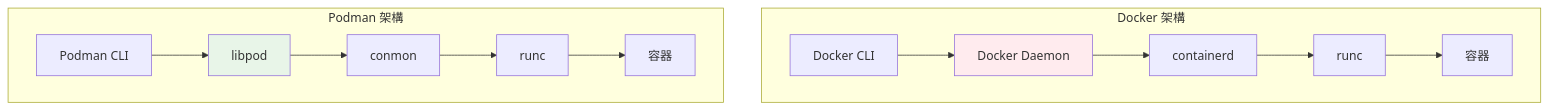
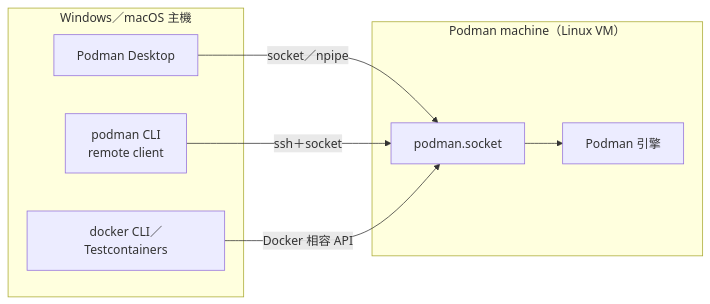
The fifth of 13 diagrams in content/posts/教學/工具/Podman Desktop使用教學.md (chihhung/Blog), drawn with Mermaid before and after one commit. The commit also changed other lines of this file and 10 other files, not shown here.

````diff
--- a/content/posts/教學/工具/Podman Desktop使用教學.md
+++ b/content/posts/教學/工具/Podman Desktop使用教學.md
@@ -131,19 +717,16 @@
 ```mermaid
-graph TB
-    subgraph "Docker 架構"
-        A1[Docker CLI] --> B1[Docker Daemon]
-        B1 --> C1[containerd]
-        C1 --> D1[runc]
-        D1 --> E1[容器]
+flowchart LR
+    subgraph Host["Windows／macOS 主機"]
+        PD[Podman Desktop]
+        CLI[podman CLI<br/>remote client]
+        DOCKER[docker CLI／Testcontainers]
     end
-    
-    subgraph "Podman 架構"
-        A2[Podman CLI] --> B2[libpod]
-        B2 --> C2[conmon]
-        C2 --> D2[runc]
-        D2 --> E2[容器]
+    subgraph M["Podman machine（Linux VM）"]
+        SVC[podman.socket]
+        ENG[Podman 引擎]
     end
-    
-    style B1 fill:#ffebee
-    style B2 fill:#e8f5e8
+    PD -- "socket／npipe" --> SVC
+    CLI -- "ssh＋socket" --> SVC
+    DOCKER -- "Docker 相容 API" --> SVC
+    SVC --> ENG
 ```
````
